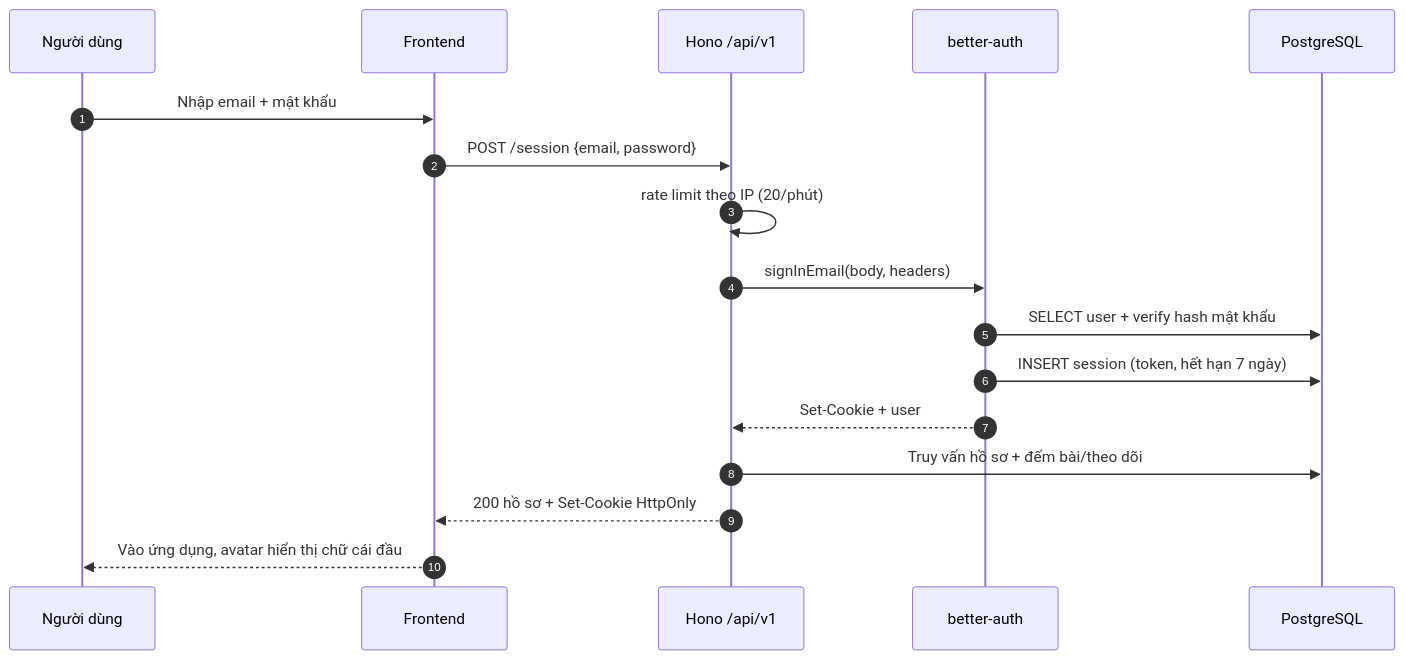
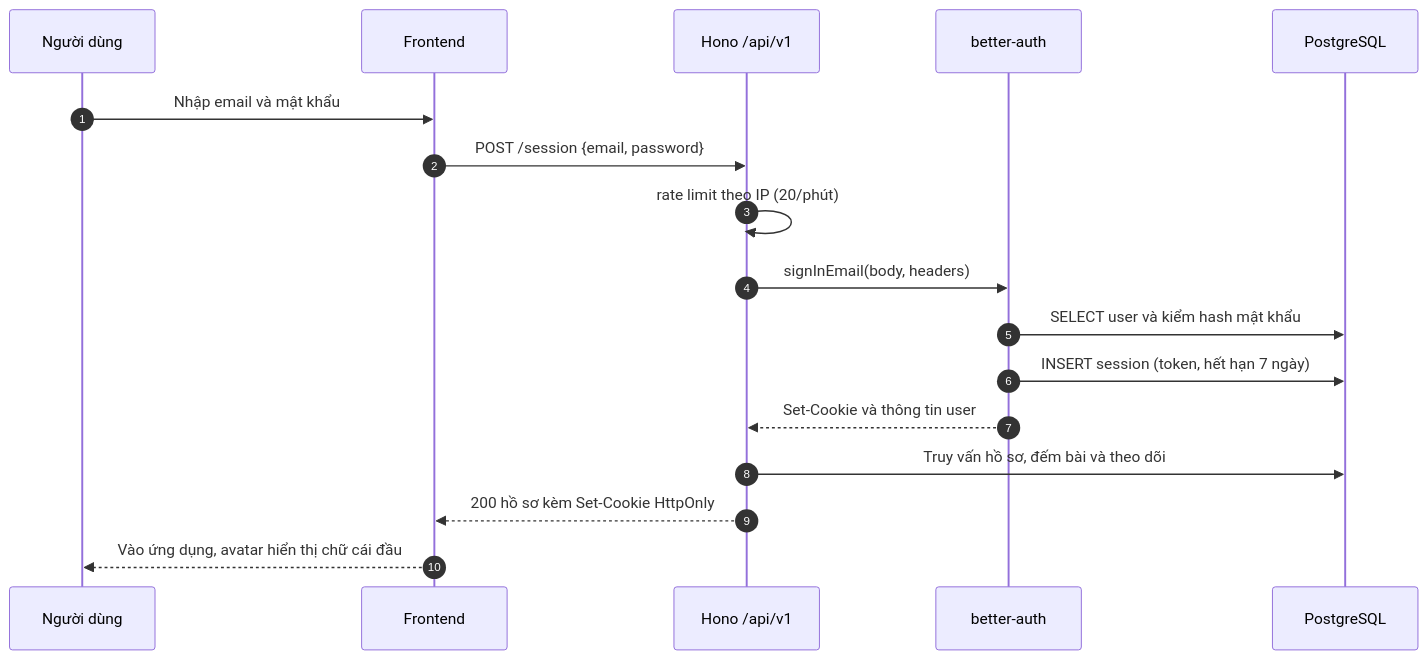
Before and after one commit to longqt321/Rendez-PBL6: the seventh of 14 diagrams in docs/bao-cao/BAO-CAO-DO-AN.md, drawn with Mermaid. The commit also changed other lines of this file, not shown here.

Commit message:
docs: viet lai bao cao do an theo trang thai hien tai

````diff
--- a/docs/bao-cao/BAO-CAO-DO-AN.md
+++ b/docs/bao-cao/BAO-CAO-DO-AN.md
@@ -466,20 +517,20 @@
 ```mermaid
 sequenceDiagram
   autonumber
   participant U as Người dùng
   participant FE as Frontend
   participant API as Hono /api/v1
   participant BA as better-auth
   participant DB as PostgreSQL
 
-  U->>FE: Nhập email + mật khẩu
+  U->>FE: Nhập email và mật khẩu
   FE->>API: POST /session {email, password}
   API->>API: rate limit theo IP (20/phút)
   API->>BA: signInEmail(body, headers)
-  BA->>DB: SELECT user + verify hash mật khẩu
+  BA->>DB: SELECT user và kiểm hash mật khẩu
   BA->>DB: INSERT session (token, hết hạn 7 ngày)
-  BA-->>API: Set-Cookie + user
-  API->>DB: Truy vấn hồ sơ + đếm bài/theo dõi
-  API-->>FE: 200 hồ sơ + Set-Cookie HttpOnly
+  BA-->>API: Set-Cookie và thông tin user
+  API->>DB: Truy vấn hồ sơ, đếm bài và theo dõi
+  API-->>FE: 200 hồ sơ kèm Set-Cookie HttpOnly
   FE-->>U: Vào ứng dụng, avatar hiển thị chữ cái đầu
 ```
````
